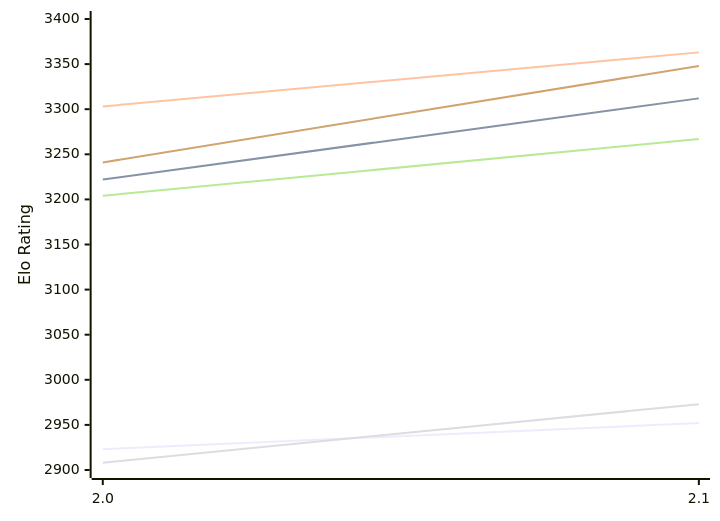
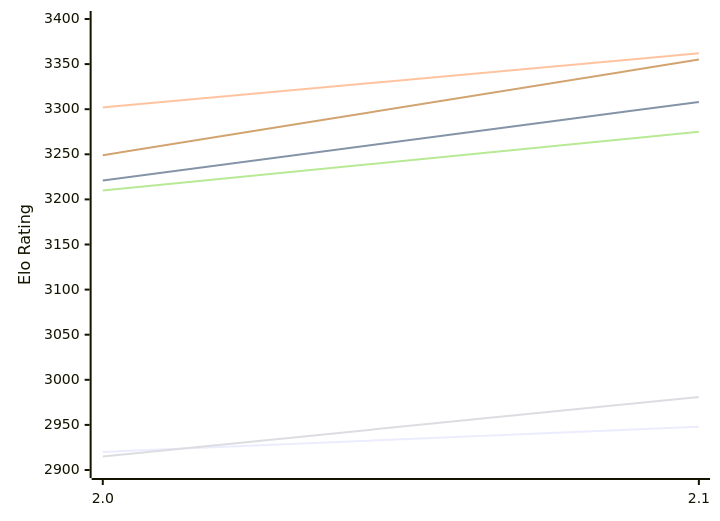
One commit to computer-chess-index/cci changed the first of 2 diagrams in engines/Onslaught.md. Above: the diagram before and after it, drawn with Mermaid. The commit also changed other lines of this file, not shown here.

Commit message:
Update CCI Ratings (ELO VLTC) - 2026-11-23

````diff
--- a/engines/Onslaught.md
+++ b/engines/Onslaught.md
@@ -50,12 +50,12 @@
 ```mermaid
 %%{init: {"theme":"base","themeVariables":{"seriesColors:['#a3a3a3','#222221','#faa371']}}}%%
 xychart-beta
   x-axis ["2.0", "2.1"]
   y-axis "Elo Rating" 2900 --> 3400
-  line "E1: STC (8.0+0.08s)" [2923, 2952]
-  line "E1: LTC (60.0+0.60s)" [3222, 3312]
-  line "E1: VLTC (2m24s+1.12s)" [3303, 3363]
-  line "P1: STC (8.0+0.08s)" [2908, 2973]
-  line "P1: LTC (60.0+0.60s)" [3204, 3267]
-  line "P1: VLTC (2m24s+1.12s)" [3241, 3348]
+  line "E1: STC (8.0+0.08s)" [2920, 2948]
+  line "E1: LTC (60.0+0.60s)" [3221, 3308]
+  line "E1: VLTC (2m24s+1.12s)" [3302, 3362]
+  line "P1: STC (8.0+0.08s)" [2915, 2981]
+  line "P1: LTC (60.0+0.60s)" [3210, 3275]
+  line "P1: VLTC (2m24s+1.12s)" [3249, 3355]
 ```
````
